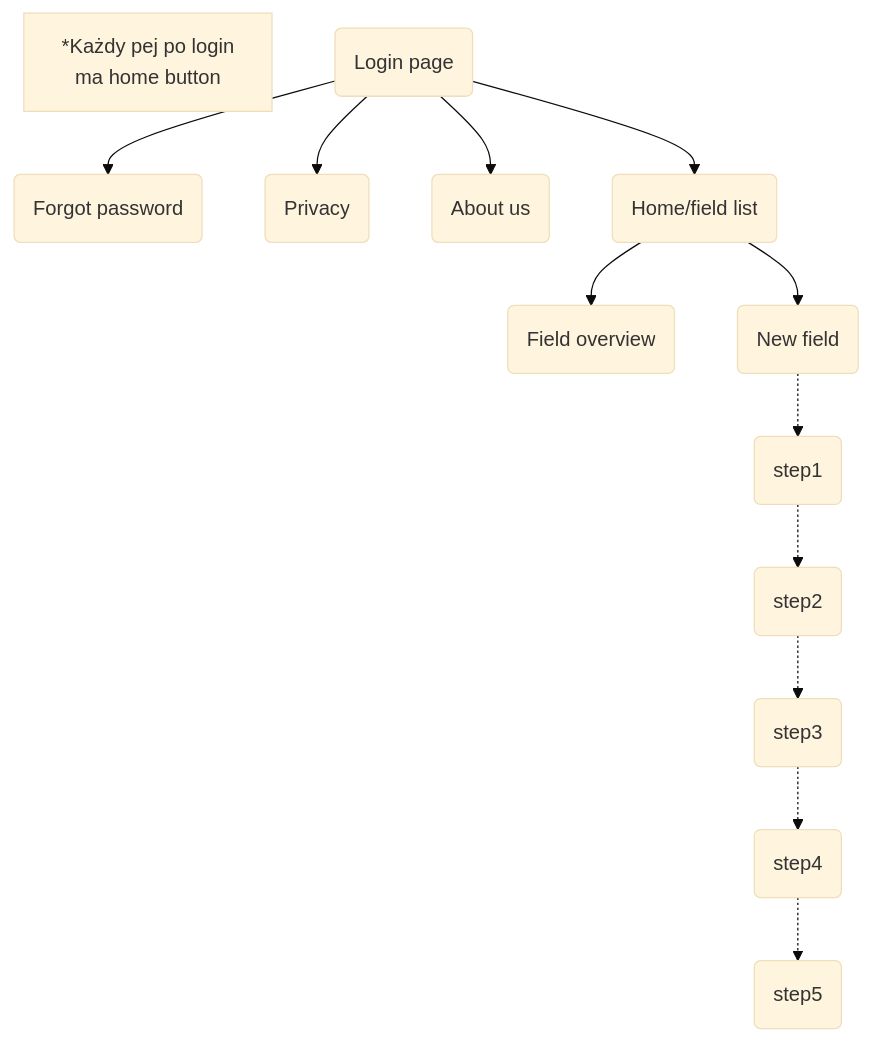
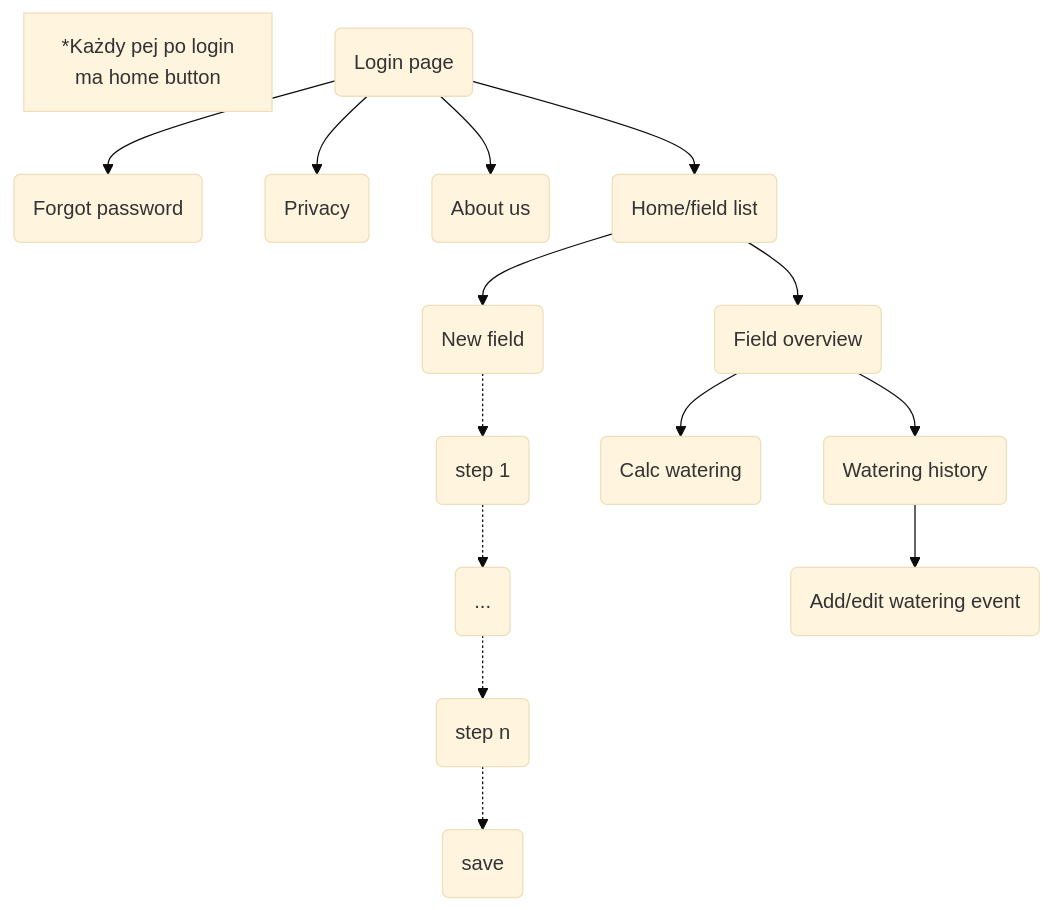
The diagram in README.md (MagmutC3/WaterApp), drawn with Mermaid (base theme) before and after one commit. The commit also changed other lines of this file and 1514 other files, not shown here.

````diff
--- a/README.md
+++ b/README.md
@@ -55,17 +50,18 @@
 ```mermaid
     graph TD;
     Z[*Każdy pej po login<br>ma home button]
     A(Login page)
     A --> B(Forgot password)
     A --> C(Privacy)
     A --> D(About us)
     A --> E(Home/field list)
     E --> F(Field overview)
     E --> G(New field)
-    G -.->Ga(step1)
-    Ga-.->Gb(step2)
-    Gb-.->Gc(step3)
-    Gc-.->Gd(step4)
-    Gd-.->Ge(step5)
-
+    G -.->Ga(step 1)
+    Ga-.->Gb(...)
+    Gb-.->Gc(step n)
+    Gc-.->Gd(save)
+    F --> H(Calc watering)
+    F --> I(Watering history)
+    I --> J(Add/edit watering event)
 ```
````
